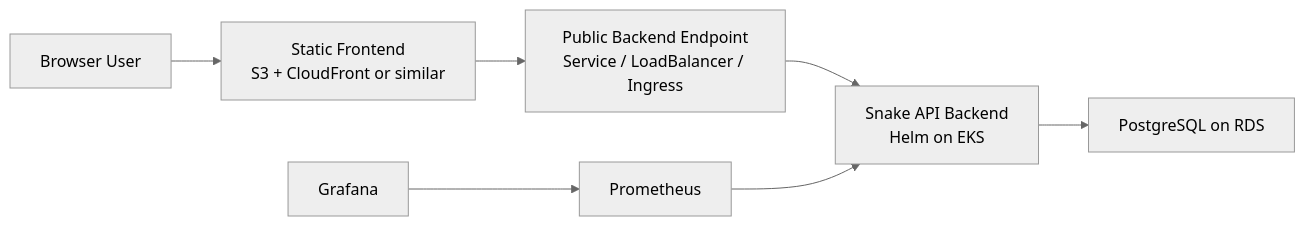
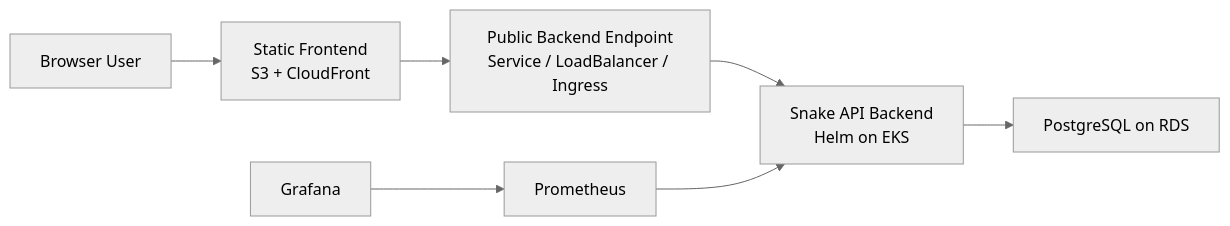
The first of 2 diagrams in docs/architecture.md (ivanmarceta/incode-assignment), drawn with Mermaid (neutral theme) before and after one commit. The commit also changed other lines of this file and 10 other files, not shown here.

````diff
--- a/docs/architecture.md
+++ b/docs/architecture.md
@@ -7,9 +7,9 @@
 ```mermaid
 flowchart LR
-    User["Browser User"] --> Frontend["Static Frontend<br/>S3 + CloudFront or similar"]
+    User["Browser User"] --> Frontend["Static Frontend<br/>S3 + CloudFront"]
     Frontend --> BackendLB["Public Backend Endpoint<br/>Service / LoadBalancer / Ingress"]
     BackendLB --> Backend["Snake API Backend<br/>Helm on EKS"]
     Backend --> RDS["PostgreSQL on RDS"]
     Prom["Prometheus"] --> Backend
     Graf["Grafana"] --> Prom
 ```
````
